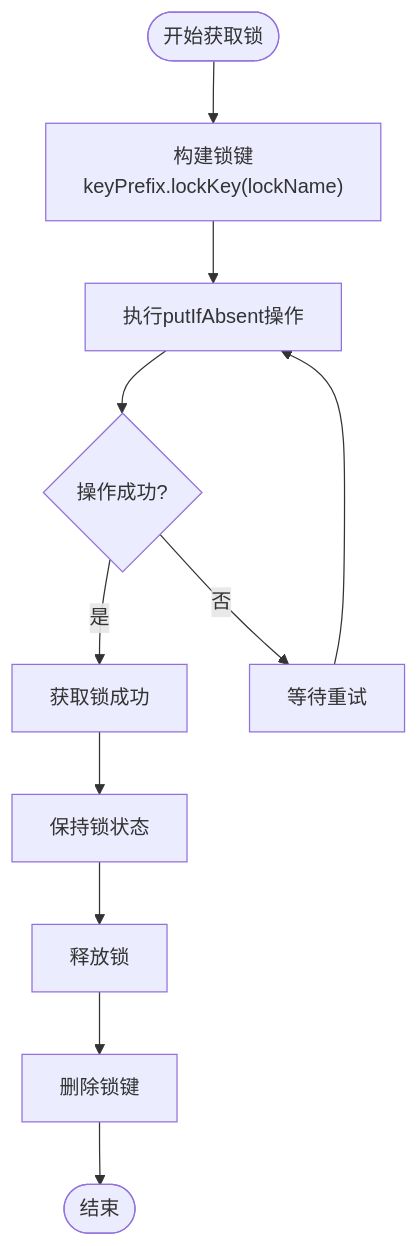
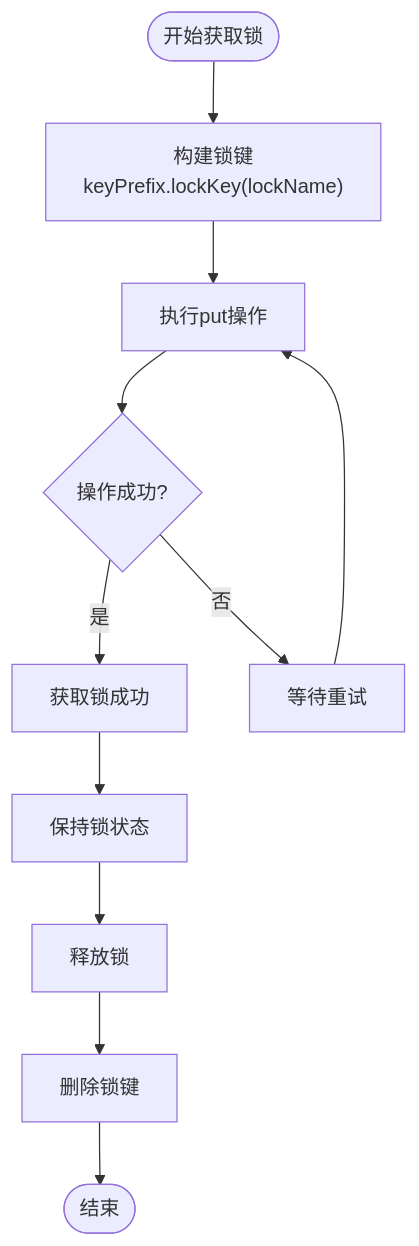
One commit to ossworker/vertx-starter changed the fifth of 19 diagrams in .qoder/repowiki/zh/content/分布式功能实现.md. Above: the diagram before and after it, drawn with Mermaid. The commit also changed other lines of this file and 7 other files, not shown here.

````diff
--- a/.qoder/repowiki/zh/content/分布式功能实现.md
+++ b/.qoder/repowiki/zh/content/分布式功能实现.md
@@ -199,13 +241,13 @@
 ```mermaid
 flowchart TD
 Start([开始获取锁]) --> BuildKey["构建锁键<br/>keyPrefix.lockKey(lockName)"]
-BuildKey --> PutOperation["执行putIfAbsent操作"]
+BuildKey --> PutOperation["执行put操作"]
 PutOperation --> CheckResult{"操作成功?"}
 CheckResult --> |是| Acquired["获取锁成功"]
 CheckResult --> |否| WaitRetry["等待重试"]
 WaitRetry --> PutOperation
 Acquired --> HoldLock["保持锁状态"]
 HoldLock --> Release["释放锁"]
 Release --> DeleteKey["删除锁键"]
 DeleteKey --> End([结束])
 ```
````
